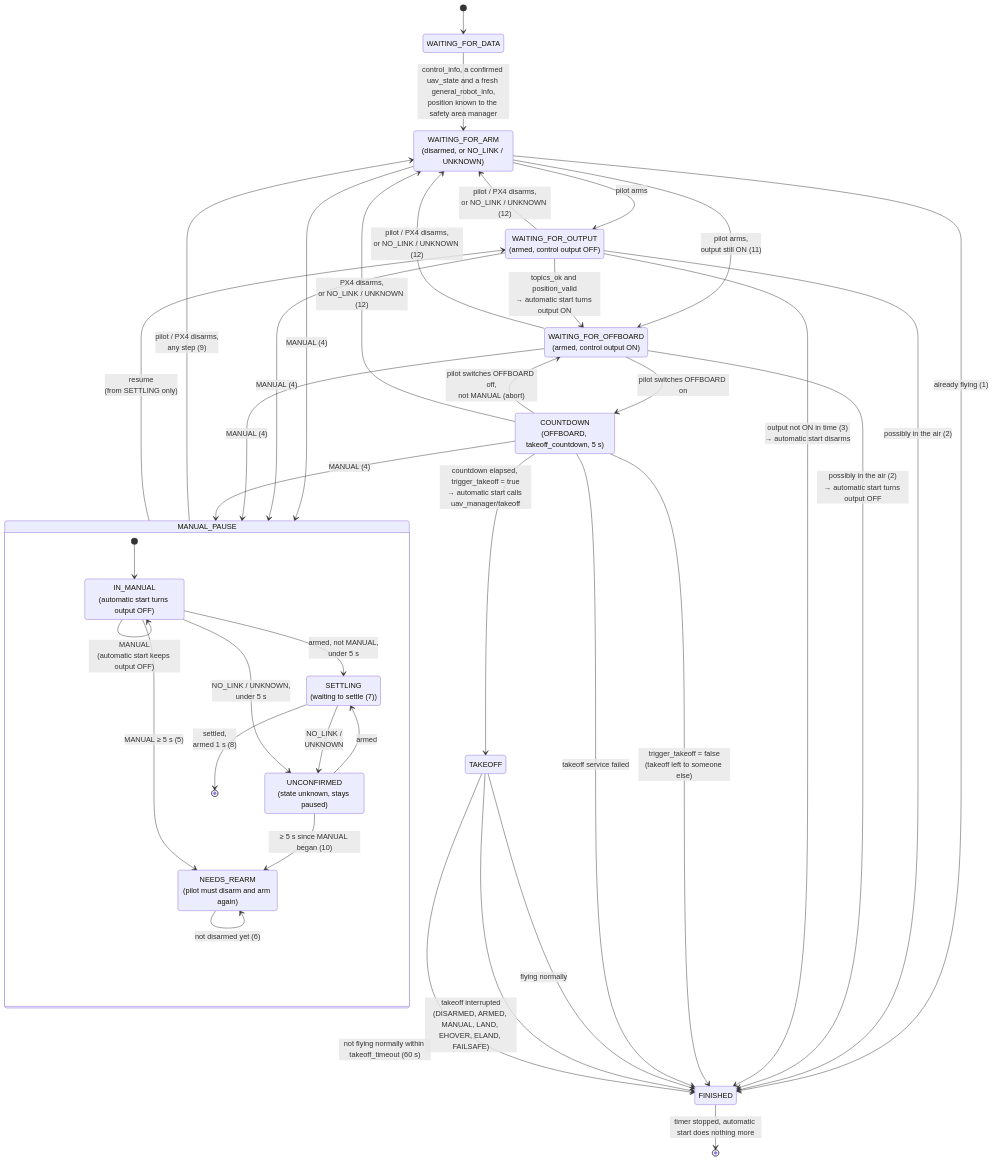
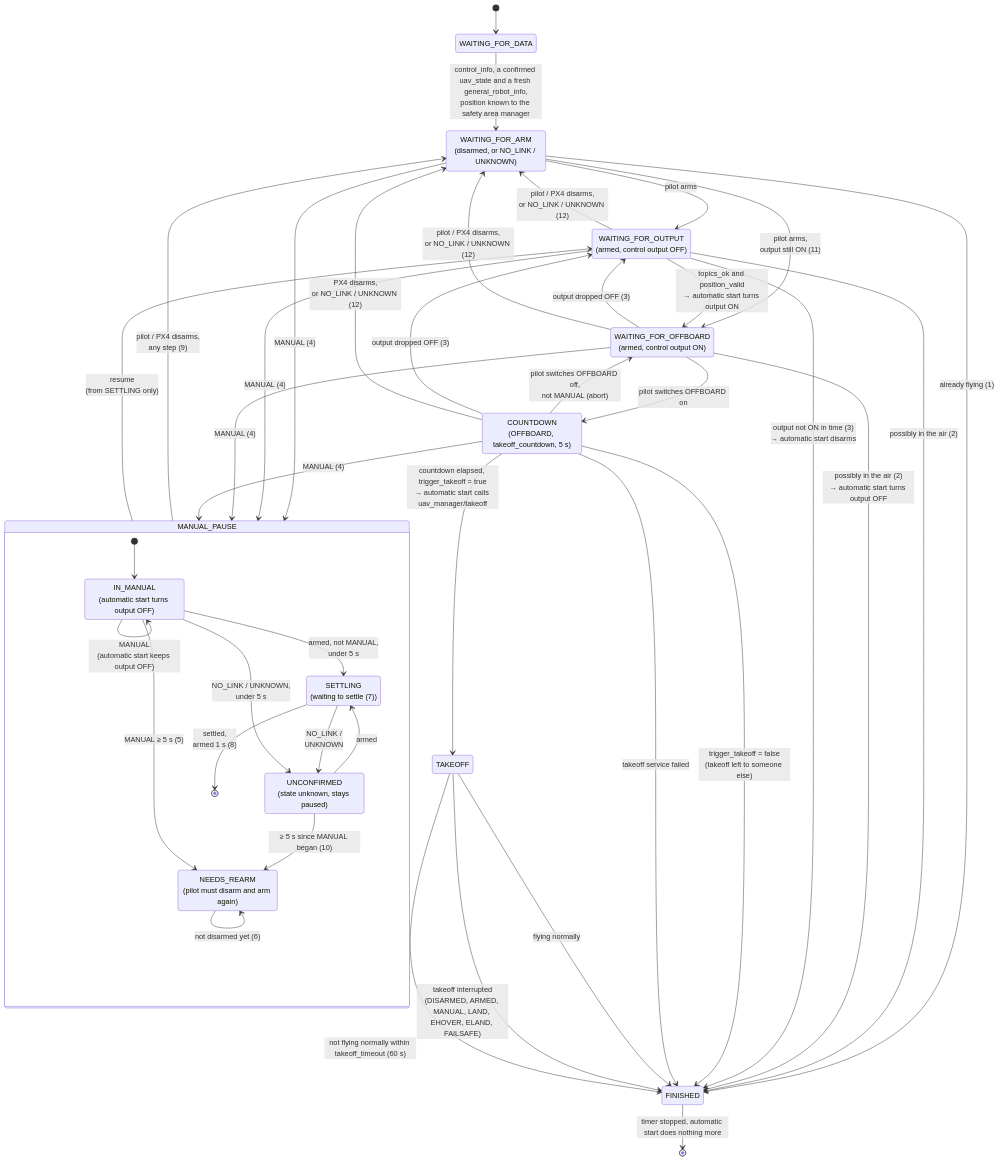
One commit to ctu-mrs/mrs_uav_autostart changed the diagram in README.md. Above: the diagram before and after it, drawn with Mermaid. The commit also changed other lines of this file, not shown here.

````diff
--- a/README.md
+++ b/README.md
@@ -57,60 +65,62 @@
 ```mermaid
 stateDiagram-v2
   direction TB
 
   [*] --> WAITING_FOR_DATA
   WAITING_FOR_DATA --> WAITING_FOR_ARM: control_info, a confirmed uav_state and a fresh general_robot_info,<br/>position known to the safety area manager
 
   WAITING_FOR_ARM --> WAITING_FOR_OUTPUT: pilot arms
   WAITING_FOR_ARM --> WAITING_FOR_OFFBOARD: pilot arms,<br/>output still ON (11)
   WAITING_FOR_OUTPUT --> WAITING_FOR_OFFBOARD: topics_ok and position_valid<br/>→ automatic start turns output ON
   WAITING_FOR_OFFBOARD --> COUNTDOWN: pilot switches OFFBOARD on
   COUNTDOWN --> WAITING_FOR_OFFBOARD: pilot switches OFFBOARD off,<br/>not MANUAL (abort)
+  WAITING_FOR_OFFBOARD --> WAITING_FOR_OUTPUT: output dropped OFF (3)
+  COUNTDOWN --> WAITING_FOR_OUTPUT: output dropped OFF (3)
   WAITING_FOR_OUTPUT --> WAITING_FOR_ARM: pilot / PX4 disarms,<br/>or NO_LINK / UNKNOWN (12)
   WAITING_FOR_OFFBOARD --> WAITING_FOR_ARM: pilot / PX4 disarms,<br/>or NO_LINK / UNKNOWN (12)
   COUNTDOWN --> WAITING_FOR_ARM: PX4 disarms,<br/>or NO_LINK / UNKNOWN (12)
 
   WAITING_FOR_ARM: WAITING_FOR_ARM<br/>(disarmed, or NO_LINK / UNKNOWN)
   WAITING_FOR_OUTPUT: WAITING_FOR_OUTPUT<br/>(armed, control output OFF)
   WAITING_FOR_OFFBOARD: WAITING_FOR_OFFBOARD<br/>(armed, control output ON)
   COUNTDOWN: COUNTDOWN<br/>(OFFBOARD, takeoff_countdown, 5 s)
 
   WAITING_FOR_ARM --> MANUAL_PAUSE: MANUAL (4)
   WAITING_FOR_OUTPUT --> MANUAL_PAUSE: MANUAL (4)
   WAITING_FOR_OFFBOARD --> MANUAL_PAUSE: MANUAL (4)
   COUNTDOWN --> MANUAL_PAUSE: MANUAL (4)
 
   state MANUAL_PAUSE {
     [*] --> IN_MANUAL
     IN_MANUAL --> IN_MANUAL: MANUAL<br/>(automatic start keeps output OFF)
     IN_MANUAL --> NEEDS_REARM: MANUAL ≥ 5 s (5)
     NEEDS_REARM --> NEEDS_REARM: not disarmed yet (6)
     IN_MANUAL --> SETTLING: armed, not MANUAL,<br/>under 5 s
     IN_MANUAL --> UNCONFIRMED: NO_LINK / UNKNOWN,<br/>under 5 s
     SETTLING --> UNCONFIRMED: NO_LINK /<br/>UNKNOWN
     UNCONFIRMED --> SETTLING: armed
     UNCONFIRMED --> NEEDS_REARM: ≥ 5 s since MANUAL began (10)
     SETTLING --> [*]: settled,<br/>armed 1 s (8)
 
     IN_MANUAL: IN_MANUAL<br/>(automatic start turns output OFF)
     NEEDS_REARM: NEEDS_REARM<br/>(pilot must disarm and arm again)
     SETTLING: SETTLING<br/>(waiting to settle (7))
     UNCONFIRMED: UNCONFIRMED<br/>(state unknown, stays paused)
   }
 
   MANUAL_PAUSE --> WAITING_FOR_ARM: pilot / PX4 disarms,<br/>any step (9)
   MANUAL_PAUSE --> WAITING_FOR_OUTPUT: resume<br/>(from SETTLING only)
 
   WAITING_FOR_ARM --> FINISHED: already flying (1)
   WAITING_FOR_OUTPUT --> FINISHED: possibly in the air (2)
   WAITING_FOR_OFFBOARD --> FINISHED: possibly in the air (2)<br/>→ automatic start turns output OFF
   WAITING_FOR_OUTPUT --> FINISHED: output not ON in time (3)<br/>→ automatic start disarms
   COUNTDOWN --> TAKEOFF: countdown elapsed, trigger_takeoff = true<br/>→ automatic start calls uav_manager/takeoff
   COUNTDOWN --> FINISHED: trigger_takeoff = false<br/>(takeoff left to someone else)
   COUNTDOWN --> FINISHED: takeoff service failed
   TAKEOFF --> FINISHED: flying normally
   TAKEOFF --> FINISHED: takeoff interrupted<br/>(DISARMED, ARMED, MANUAL, LAND, EHOVER, ELAND, FAILSAFE)
   TAKEOFF --> FINISHED: not flying normally within takeoff_timeout (60 s)
 
   FINISHED --> [*]: timer stopped, automatic start does nothing more
 ```
````
